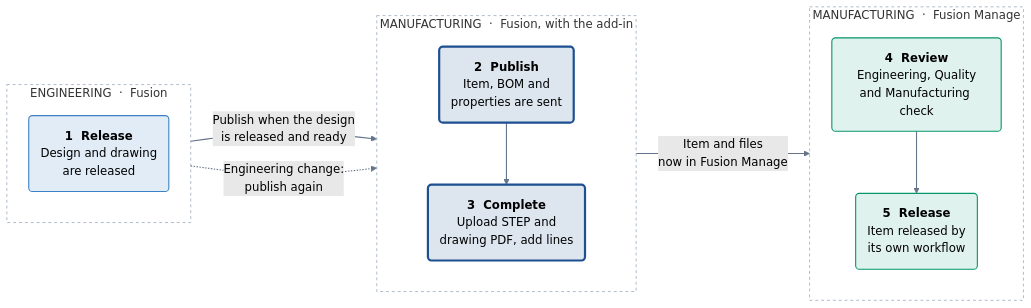
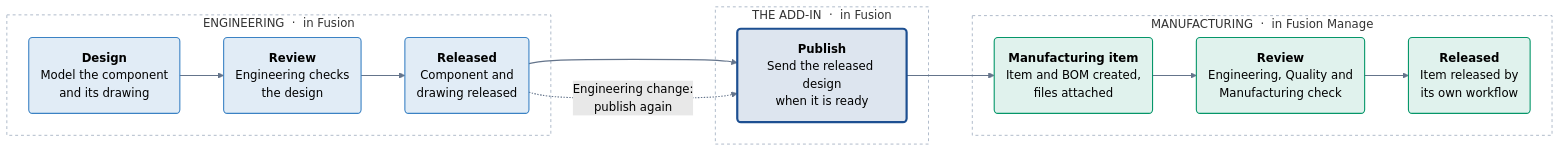
Before and after one commit to AHoop91/FusionToFusionManageAddon: the diagram in docs/getting-started/workflow.md, drawn with Mermaid (forest theme). The commit also changed other lines of this file, not shown here.

Commit message:
Simplify the End-to-End Workflow diagram into a single chain
Show the path as one left-to-right sequence: engineering design, review
and release, the add-in publish, then the manufacturing item, review
and release, with a publish-again loop for engineering changes.

````diff
--- a/docs/getting-started/workflow.md
+++ b/docs/getting-started/workflow.md
@@ -41,37 +41,33 @@
 ```mermaid
 %%{init: {"flowchart": {"curve": "basis", "nodeSpacing": 40, "rankSpacing": 60, "padding": 16}}}%%
 flowchart LR
-    subgraph ENG["ENGINEERING &nbsp;·&nbsp; Fusion"]
-        direction TB
-        E1("<b>1 &nbsp;Release</b><br/>Design and drawing<br/>are released")
+    subgraph ENG["ENGINEERING &nbsp;·&nbsp; in Fusion"]
+        E1("<b>Design</b><br/>Model the component<br/>and its drawing")
+        E2("<b>Review</b><br/>Engineering checks<br/>the design")
+        E3("<b>Released</b><br/>Component and<br/>drawing released")
     end
 
-    subgraph BRIDGE["MANUFACTURING &nbsp;·&nbsp; Fusion, with the add-in"]
-        direction TB
-        P1("<b>2 &nbsp;Publish</b><br/>Item, BOM and<br/>properties are sent")
-        P2("<b>3 &nbsp;Complete</b><br/>Upload STEP and<br/>drawing PDF, add lines")
-        P1 --> P2
+    subgraph ADD["THE ADD-IN &nbsp;·&nbsp; in Fusion"]
+        A1("<b>Publish</b><br/>Send the released design<br/>when it is ready")
     end
 
-    subgraph MFG["MANUFACTURING &nbsp;·&nbsp; Fusion Manage"]
-        direction TB
-        M1("<b>4 &nbsp;Review</b><br/>Engineering, Quality<br/>and Manufacturing check")
-        M2("<b>5 &nbsp;Release</b><br/>Item released by<br/>its own workflow")
-        M1 --> M2
+    subgraph MFG["MANUFACTURING &nbsp;·&nbsp; in Fusion Manage"]
+        M1("<b>Manufacturing item</b><br/>Item and BOM created,<br/>files attached")
+        M2("<b>Review</b><br/>Engineering, Quality and<br/>Manufacturing check")
+        M3("<b>Released</b><br/>Item released by<br/>its own workflow")
     end
 
-    E1 ==>|"Publish when the design<br/>is released and ready"| P1
-    P2 ==>|"Item and files<br/>now in Fusion Manage"| M1
-    E1 -.->|"Engineering change:<br/>publish again"| P1
+    E1 --> E2 --> E3 ==> A1 ==> M1 --> M2 --> M3
+    E3 -.->|"Engineering change:<br/>publish again"| A1
 
     classDef eng fill:#3b82c426,stroke:#3b82c4,stroke-width:1.5px
-    classDef bridge fill:#1d4f9126,stroke:#1d4f91,stroke-width:3px
+    classDef add fill:#1d4f9126,stroke:#1d4f91,stroke-width:3px
     classDef mfg fill:#0596691f,stroke:#059669,stroke-width:1.5px
-    class E1 eng
-    class P1,P2 bridge
-    class M1,M2 mfg
+    class E1,E2,E3 eng
+    class A1 add
+    class M1,M2,M3 mfg
     style ENG fill:transparent,stroke:#94a3b8,stroke-dasharray:4 4
-    style BRIDGE fill:transparent,stroke:#94a3b8,stroke-dasharray:4 4
+    style ADD fill:transparent,stroke:#94a3b8,stroke-dasharray:4 4
     style MFG fill:transparent,stroke:#94a3b8,stroke-dasharray:4 4
     linkStyle default stroke:#64748b,stroke-width:1.5px
 ```
````
